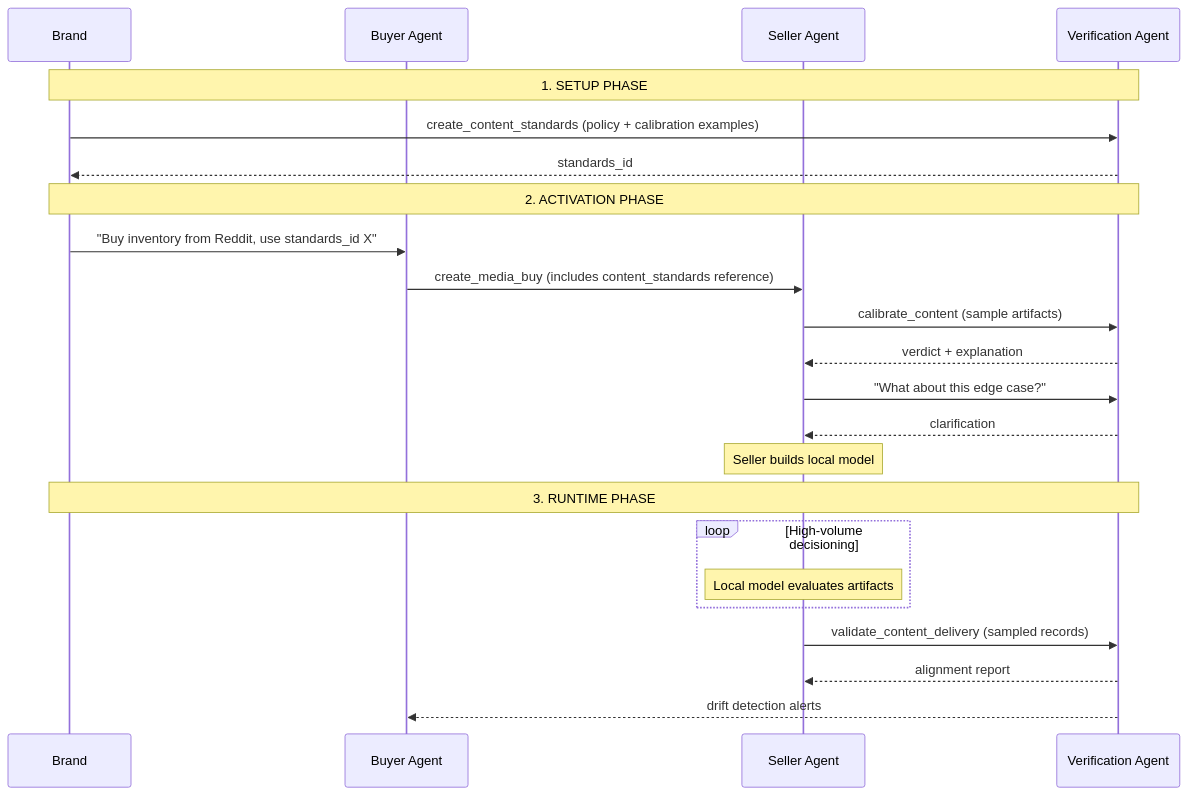
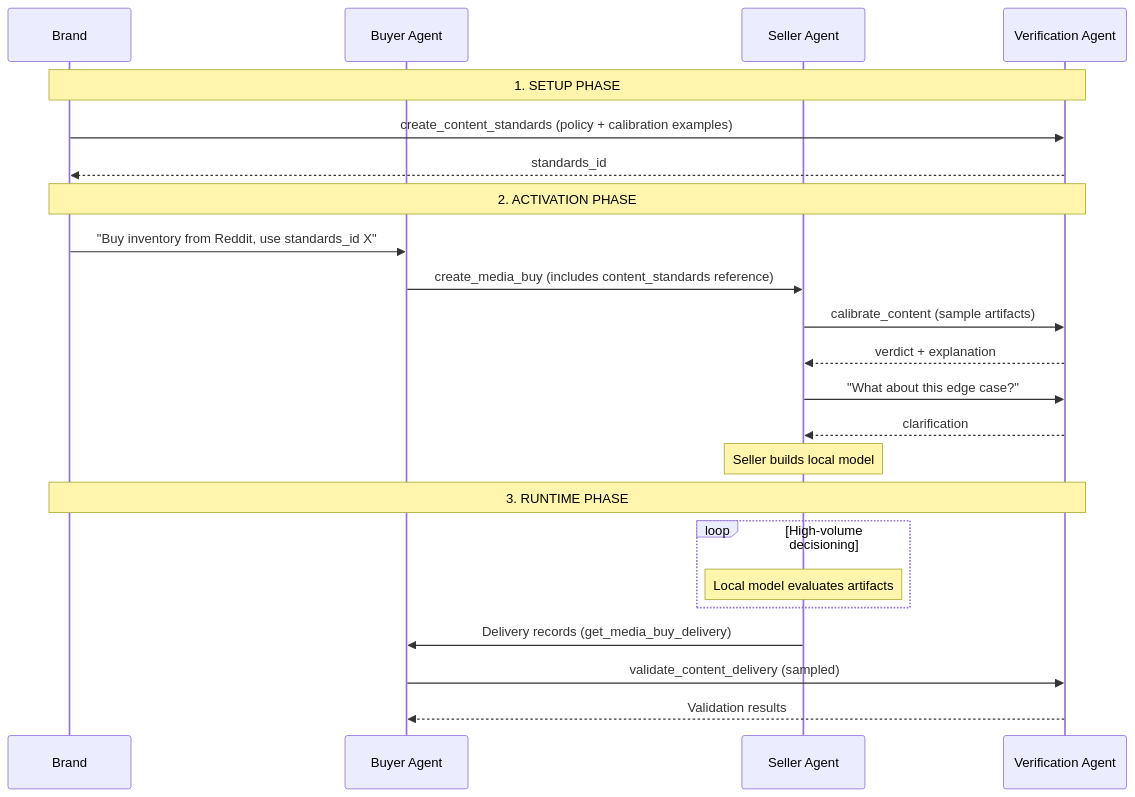
One commit to adcontextprotocol/adcp changed the diagram in docs/governance/content-standards/index.mdx. Above: the diagram before and after it, drawn with Mermaid. The commit also changed other lines of this file and 2 other files, not shown here.

Commit message:
Clarify validate_content_delivery data flow: buyer as intermediary
Address review comment about who calls validate_content_delivery:
- Delivery records flow from seller → buyer → verification agent
- Buyer aggregates delivery data and knows which standards_id applies
- Verification agent works on behalf of the buyer

Changes:
- Add Data Flow section with mermaid diagram to validate_content_delivery.mdx
- Add media_buy_id field to request schema and delivery records
- Update overview mermaid diagram to show correct flow
- Remove suggestion field from response examples

🤖 Generated with [Claude Code](https://claude.com/claude-code)

````diff
--- a/docs/governance/content-standards/index.mdx
+++ b/docs/governance/content-standards/index.mdx
@@ -31,30 +31,30 @@
 ```mermaid
 sequenceDiagram
     participant Brand
     participant Buyer as Buyer Agent
     participant Seller as Seller Agent
     participant Verifier as Verification Agent
 
     Note over Brand,Verifier: 1. SETUP PHASE
     Brand->>Verifier: create_content_standards (policy + calibration examples)
     Verifier-->>Brand: standards_id
 
     Note over Brand,Verifier: 2. ACTIVATION PHASE
     Brand->>Buyer: "Buy inventory from Reddit, use standards_id X"
     Buyer->>Seller: create_media_buy (includes content_standards reference)
 
     Seller->>Verifier: calibrate_content (sample artifacts)
     Verifier-->>Seller: verdict + explanation
     Seller->>Verifier: "What about this edge case?"
     Verifier-->>Seller: clarification
     Note over Seller: Seller builds local model
 
     Note over Brand,Verifier: 3. RUNTIME PHASE
     loop High-volume decisioning
         Note over Seller: Local model evaluates artifacts
     end
 
-    Seller->>Verifier: validate_content_delivery (sampled records)
-    Verifier-->>Seller: alignment report
-    Verifier-->>Buyer: drift detection alerts
+    Seller->>Buyer: Delivery records (get_media_buy_delivery)
+    Buyer->>Verifier: validate_content_delivery (sampled)
+    Verifier-->>Buyer: Validation results
 ```
````
